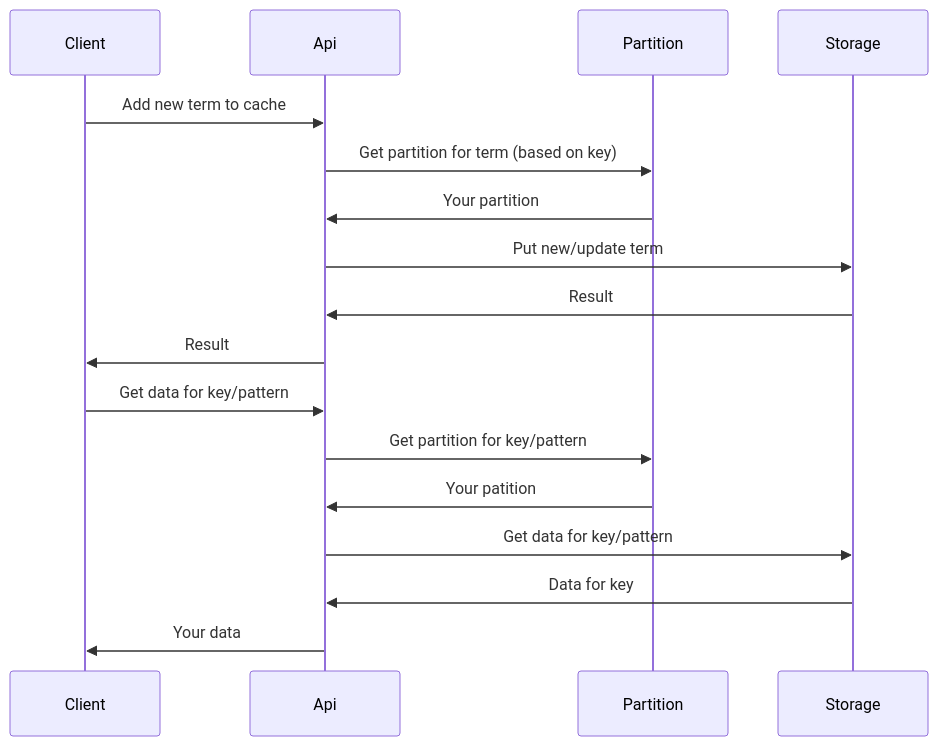
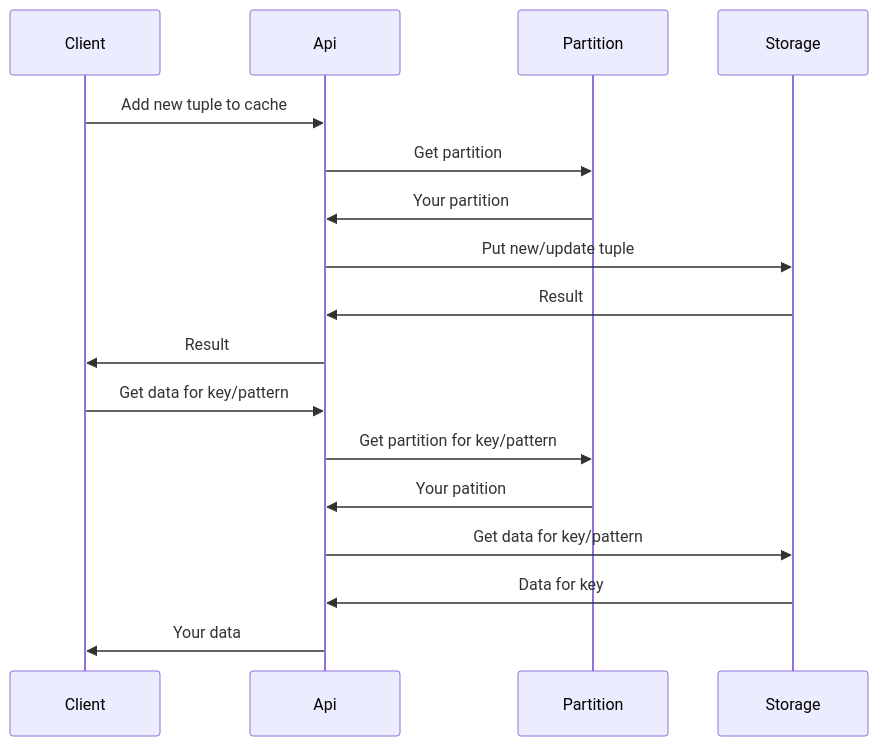
The first of 2 diagrams in README.md (ohhi-vn/super_cache), drawn with Mermaid before and after one commit. The commit also changed 8 other files, not shown here.

````diff
--- a/README.md
+++ b/README.md
@@ -11,21 +11,21 @@
 ```mermaid
 sequenceDiagram
   participant Client
   participant Api
   participant Partition
   participant Storage
 
-  Client->>Api: Add new term to cache
-  Api->>Partition: Get partition for term (based on key)
+  Client->>Api: Add new tuple to cache
+  Api->>Partition: Get partition
   Partition->>Api: Your partition
-  Api->>Storage: Put new/update term
+  Api->>Storage: Put new/update tuple
   Storage->>Api: Result
   Api->>Client: Result
   
   Client->>Api: Get data for key/pattern
   Api->>Partition: Get partition for key/pattern
   Partition->>Api: Your patition
   Api->>Storage: Get data for key/pattern
   Storage->>Api: Data for key
   Api->>Client: Your data
 ```
````
